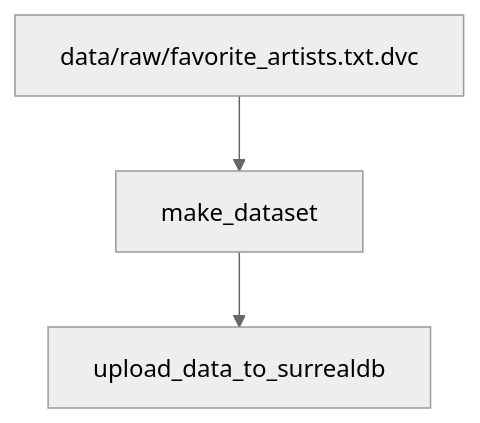
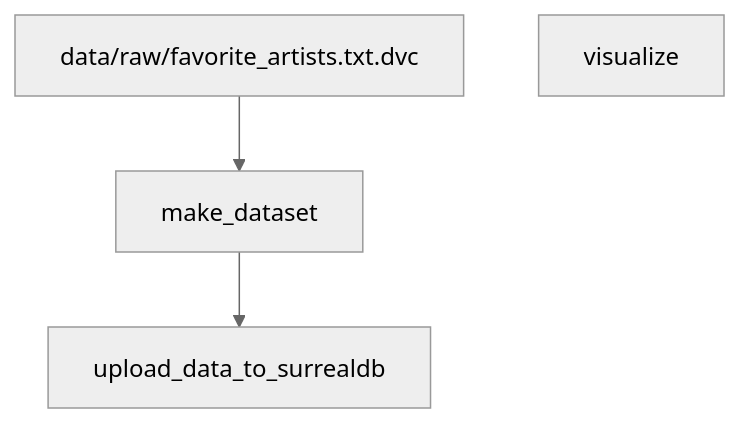
One commit to u-masao/spotify-api-examples changed the diagram in PIPELINE.md. Above: the diagram before and after it, drawn with Mermaid (neutral theme).

Commit message:
update dvc pipeline

````diff
--- a/PIPELINE.md
+++ b/PIPELINE.md
@@ -1,8 +1,9 @@
 ```mermaid
 flowchart TD
 	node1["data/raw/favorite_artists.txt.dvc"]
 	node2["make_dataset"]
 	node3["upload_data_to_surrealdb"]
 	node1-->node2
 	node2-->node3
+	node4["visualize"]
 ```
````
